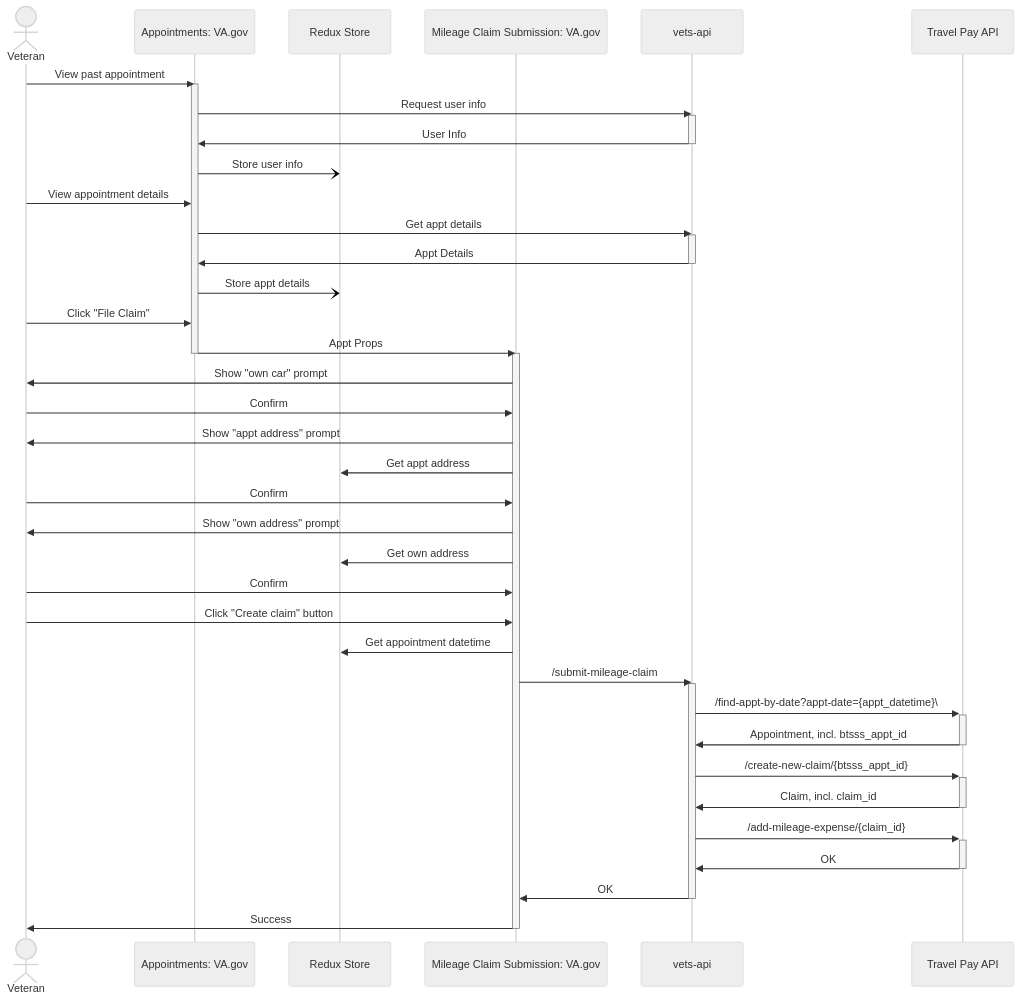
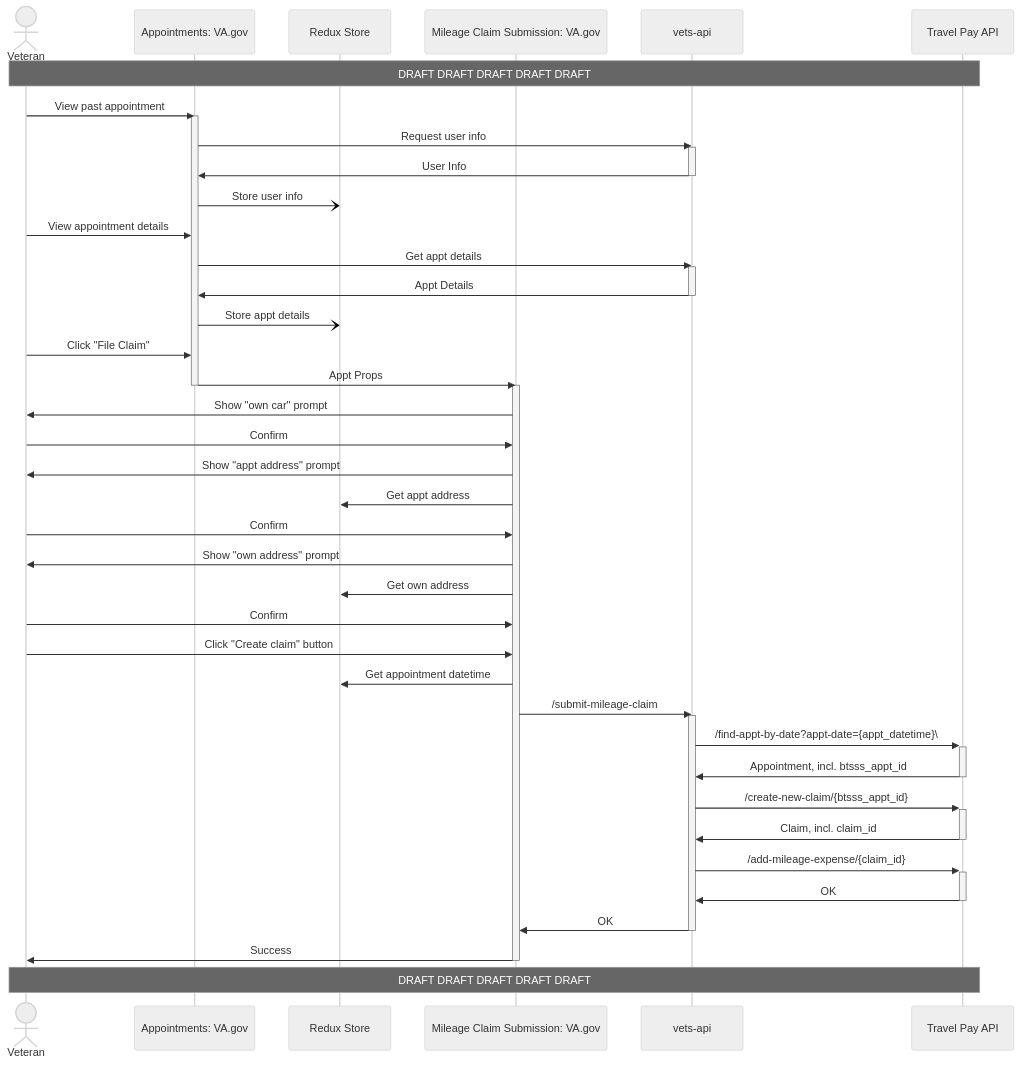
The diagram in products/health-care/beneficiary-travel/engineering/high-level-sequence.md (department-of-veterans-affairs/va.gov-team), drawn with Mermaid (neutral theme) before and after one commit.

````diff
--- a/products/health-care/beneficiary-travel/engineering/high-level-sequence.md
+++ b/products/health-care/beneficiary-travel/engineering/high-level-sequence.md
@@ -1,70 +1,75 @@
 ```mermaid
 sequenceDiagram
+  
   actor vet as Veteran
   participant appts as Appointments: VA.gov
   participant redux as Redux Store
   participant smoc as Mileage Claim Submission: VA.gov
   participant vapi as vets-api
   participant tpapi as Travel Pay API
+
+  Note over vet,tpapi: DRAFT DRAFT DRAFT DRAFT DRAFT
 
   vet ->> appts: View past appointment
   activate appts
     appts ->> vapi: Request user info
     
     activate vapi
       vapi ->> appts: User Info
     deactivate vapi
 
     appts -) redux: Store user info
     
     vet ->> appts: View appointment details
     appts ->> vapi: Get appt details
     
     activate vapi
       vapi ->> appts: Appt Details
     deactivate vapi
 
     appts -) redux: Store appt details
 
     vet ->> appts: Click "File Claim"
 
     appts ->> smoc: Appt Props
 
   deactivate appts
 
   activate smoc
     smoc ->> vet: Show "own car" prompt
     vet ->> smoc: Confirm
 
     smoc ->> vet: Show "appt address" prompt
     smoc ->> redux: Get appt address
     vet ->> smoc: Confirm
 
     smoc ->> vet: Show "own address" prompt
     smoc ->> redux: Get own address
     vet ->> smoc: Confirm
 
     vet ->> smoc: Click "Create claim" button
     smoc ->> redux: Get appointment datetime
     smoc ->> vapi: /submit-mileage-claim
 
     %% Should this all be transactional? E.g. what happens
     %% when a claim is created, but mileage expense creation
     %% fails? Delete the claim? Try mileage add again, then
     %% roll back? Does the API handle this already?
     activate vapi
       vapi ->>+ tpapi: /find-appt-by-date?appt-date={appt_datetime}\
       tpapi ->>- vapi: Appointment, incl. btsss_appt_id
 
       vapi ->>+ tpapi: /create-new-claim/{btsss_appt_id}
       tpapi ->>- vapi: Claim, incl. claim_id
 
       vapi ->>+ tpapi: /add-mileage-expense/{claim_id}
       tpapi ->>- vapi: OK
 
       vapi ->> smoc: OK
     deactivate vapi
 
     smoc ->> vet: Success
   deactivate smoc
+
+Note over vet,tpapi: DRAFT DRAFT DRAFT DRAFT DRAFT
 ```
````
